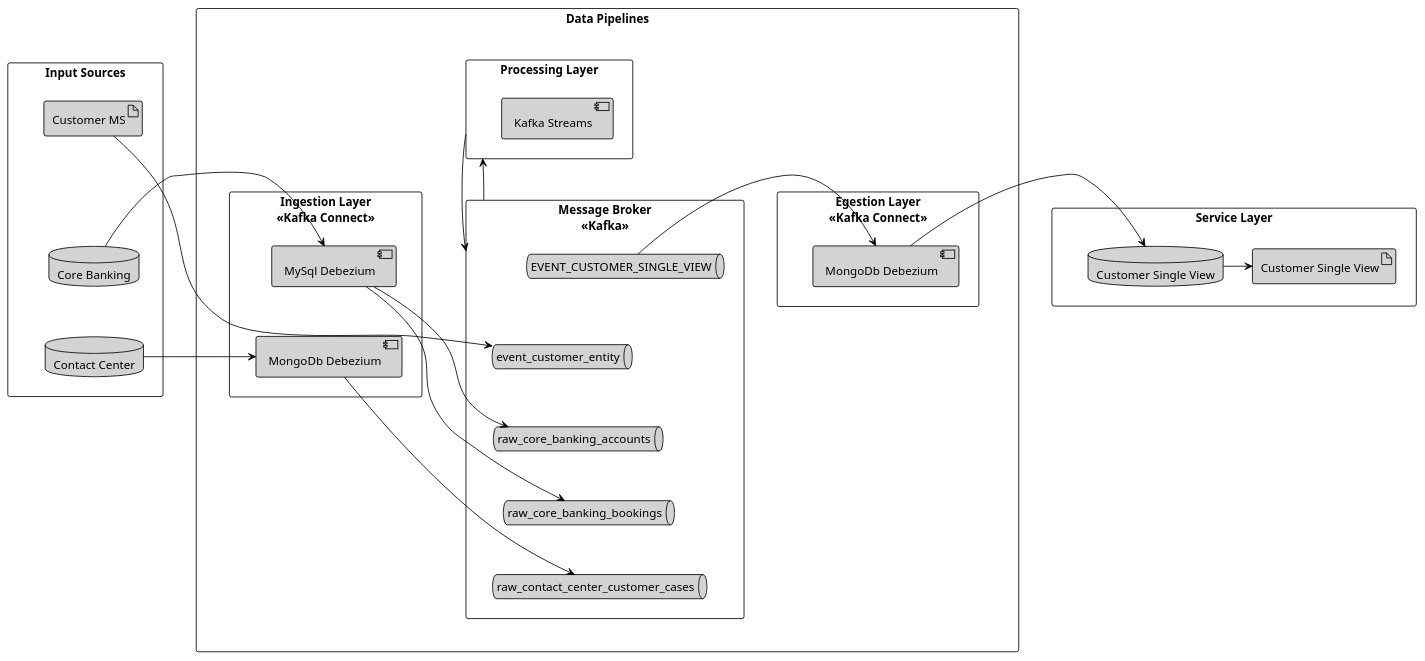
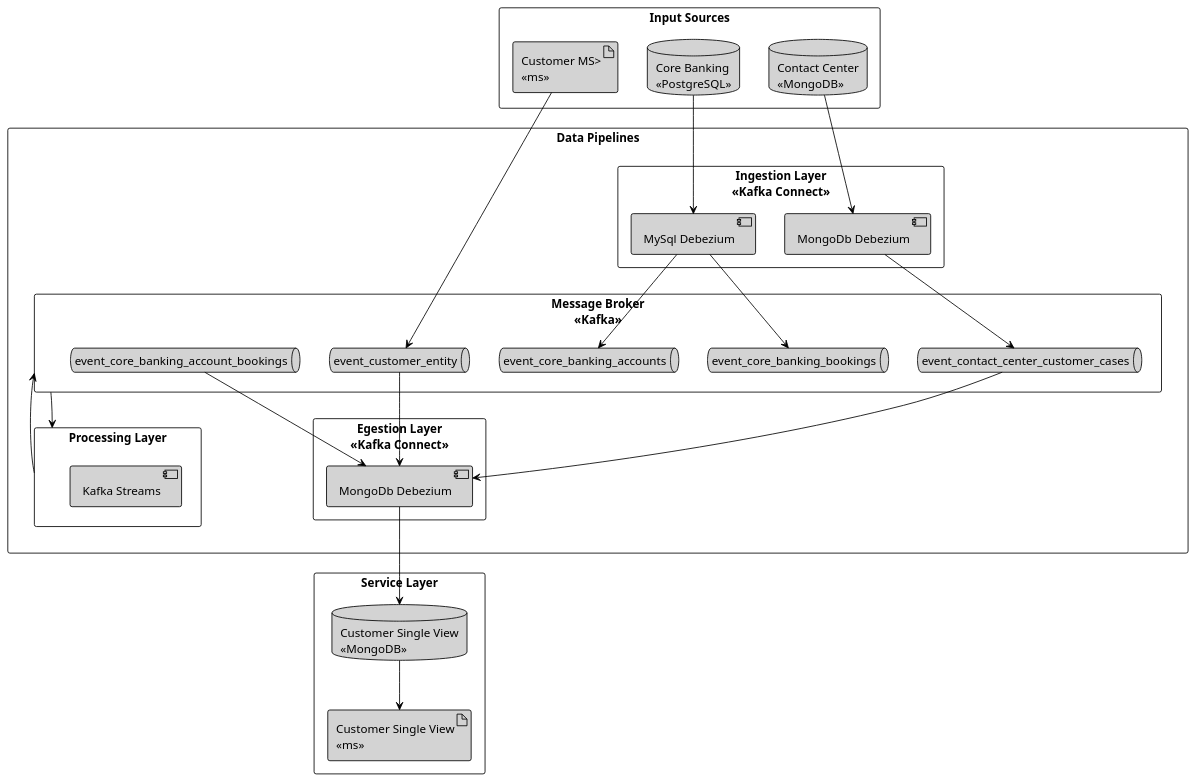
One commit to scalvetr/costomer-single-view changed the diagram in doc/system-design.puml. Above: the diagram before and after it, drawn with PlantUML. The commit also changed 4 other files, not shown here.

```diff
--- a/doc/system-design.puml
+++ b/doc/system-design.puml
@@ -1,99 +1,81 @@
 @startuml
 'https://plantuml.com/deployment-diagram
 ''!theme aws-orange
 
 <style>
 componentDiagram {
   BackGroundColor white
   LineThickness 1
   LineColor black
 }
 database {
     BackGroundColor: lightgrey;
 }
 artifact {
     BackGroundColor: lightgrey;
 }
 component {
     BackGroundColor: lightgrey;
 }
 queue {
     BackGroundColor: lightgrey;
 }
 </style>
 
 rectangle "Input Sources" as inputs {
-    artifact "Customer MS" as ms_customer
-    database "Core Banking" as db_core_banking
-    database "Contact Center" as db_contact_center
+    artifact "Customer MS>\n<<ms>>" as ms_customer
+    database "Core Banking\n<<PostgreSQL>>" as db_core_banking
+    database "Contact Center\n<<MongoDB>>" as db_contact_center
 }
 
 rectangle "Data Pipelines" as pipelines {
     rectangle "Ingestion Layer\n<<Kafka Connect>>" as ingestion_layer {
        component "MySql Debezium" as ingest_mysql_debezium
        component "MongoDb Debezium" as ingest_mongodb_debezium
     }
     rectangle "Message Broker\n<<Kafka>>" as message_broker {
-        queue "event_customer_entity" as topic_customer_entity
-        queue "raw_core_banking_bookings" as topic_core_banking_bookings
-        queue "raw_core_banking_accounts" as topic_core_banking_accounts
-        queue "raw_contact_center_customer_cases" as topic_contact_center_customer_cases
-        queue "EVENT_CUSTOMER_SINGLE_VIEW" as topic_customer_single_view
-       }
+        queue "event_customer_entity" as event_customer_entity
+        queue "event_core_banking_bookings" as event_core_banking_bookings
+        queue "event_core_banking_accounts" as event_core_banking_accounts
+        queue "event_contact_center_customer_cases" as event_contact_center_customer_cases
+        queue "event_core_banking_account_bookings" as event_core_banking_account_bookings
+    }
 
     rectangle "Processing Layer" as processing_layer {
         component "Kafka Streams"
     }
 
     rectangle "Egestion Layer\n<<Kafka Connect>>" as egestion_layer {
        component "MongoDb Debezium" as egest_mongodb_debezium
     }
 
 }
 
 rectangle "Service Layer" as service_layer {
-    artifact "Customer Single View" as ms_customer_single_view
-    database "Customer Single View" as db_customer_single_view
+    artifact "Customer Single View\n<<ms>>" as ms_customer_single_view
+    database "Customer Single View\n<<MongoDB>>" as db_customer_single_view
 }
 
-inputs -[hidden]r-> pipelines
-pipelines -[hidden]r-> service_layer
+' sources relations
+ms_customer --> event_customer_entity
+db_core_banking --> ingest_mysql_debezium
+db_contact_center --> ingest_mongodb_debezium
 
-ingestion_layer -[hidden]r-> message_broker
-message_broker -[hidden]r-> egestion_layer
+' ingest relations
+ingest_mysql_debezium --> event_core_banking_accounts
+ingest_mysql_debezium --> event_core_banking_bookings
+ingest_mongodb_debezium --> event_contact_center_customer_cases
+
+event_customer_entity --> egest_mongodb_debezium
+event_core_banking_account_bookings --> egest_mongodb_debezium
+event_contact_center_customer_cases --> egest_mongodb_debezium
 
 
-ingestion_layer -[hidden]u-> processing_layer
-message_broker -u-> processing_layer
-egestion_layer -[hidden]u-> processing_layer
-
-processing_layer -> message_broker
-
-topic_customer_entity -[hidden]d-> topic_core_banking_accounts
-topic_core_banking_accounts -[hidden]d-> topic_core_banking_bookings
-topic_core_banking_bookings -[hidden]d-> topic_contact_center_customer_cases
-topic_customer_single_view -[hidden]d-> topic_customer_entity
-topic_customer_single_view -[hidden]d-> topic_core_banking_bookings
-topic_customer_single_view -[hidden]d-> topic_contact_center_customer_cases
-topic_customer_single_view -[hidden]d-> topic_core_banking_accounts
-
-ms_customer -[hidden]d-> db_core_banking
-db_core_banking -[hidden]d-> db_contact_center
-
-ingest_mysql_debezium -[hidden]d-> ingest_mongodb_debezium
-
-db_core_banking -r-> ingest_mysql_debezium
-db_contact_center -r-> ingest_mongodb_debezium
-
-ms_customer -r-> topic_customer_entity
-ingest_mysql_debezium -r-> topic_core_banking_accounts
-ingest_mysql_debezium -r-> topic_core_banking_bookings
-ingest_mongodb_debezium -r-> topic_contact_center_customer_cases
-
-egest_mongodb_debezium -r-> db_customer_single_view
-topic_customer_single_view -r-> egest_mongodb_debezium
-
-db_customer_single_view -r-> ms_customer_single_view
+egest_mongodb_debezium --> db_customer_single_view
+db_customer_single_view --> ms_customer_single_view
 
 
+message_broker --> processing_layer
+processing_layer --> message_broker
+
 @enduml
```
